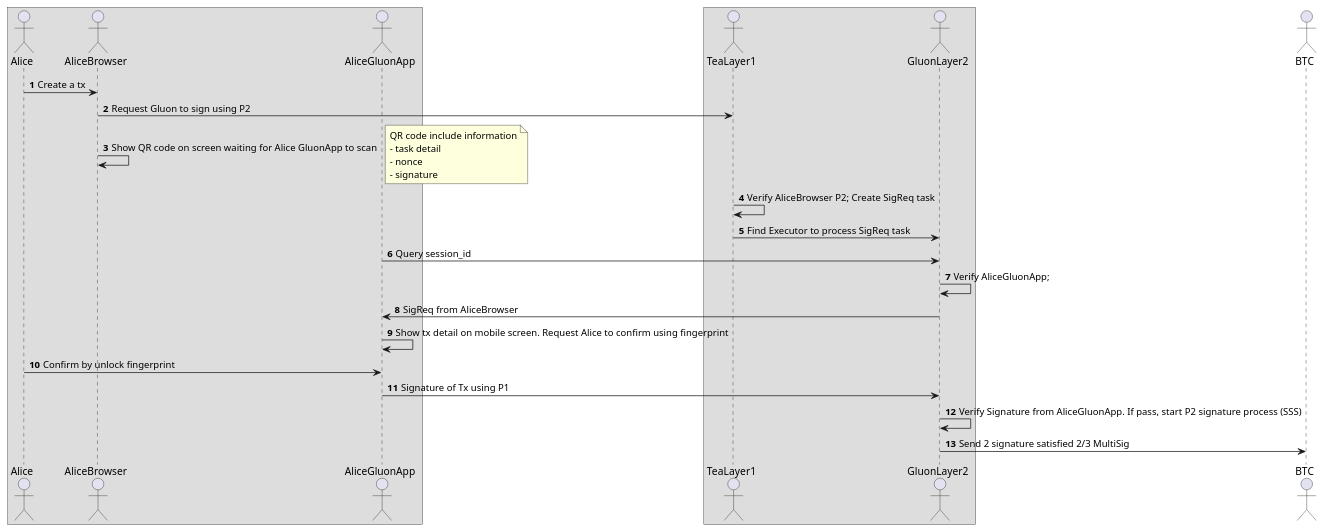
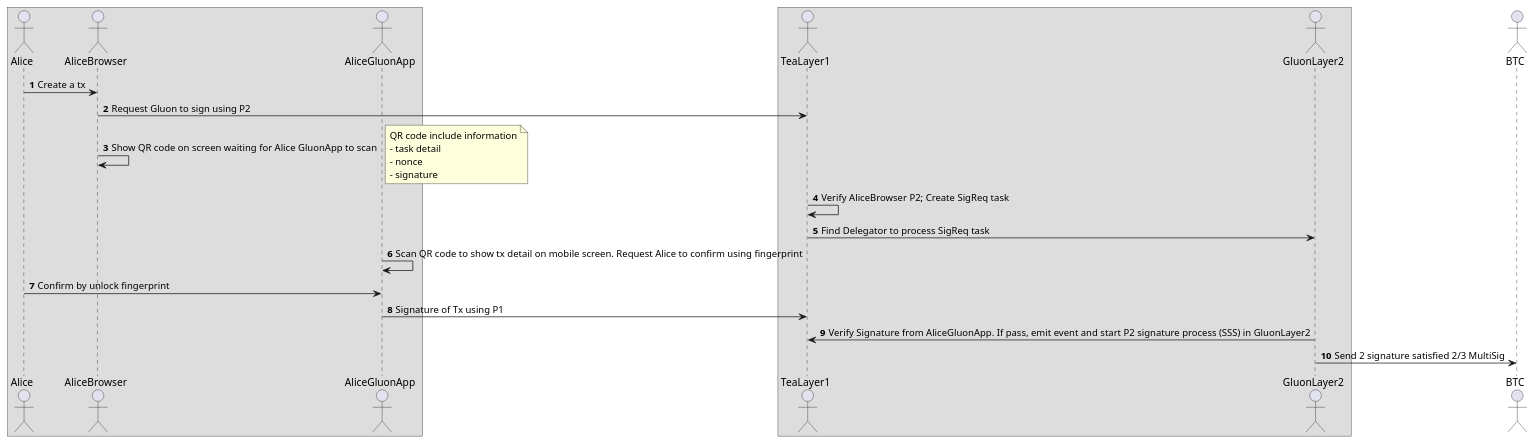
The third of 4 diagrams in Design/Key_management_design.md (tearust/gluon-docs), drawn with PlantUML before and after one commit.

````diff
--- a/Design/Key_management_design.md
+++ b/Design/Key_management_design.md
@@ -204,37 +204,34 @@
 ```puml
 @startuml
 autonumber
 box
 actor Alice
 actor AliceBrowser
 actor AliceGluonApp
 endbox
 box
 actor TeaLayer1
 actor GluonLayer2
 endbox
 
 actor BTC
 
 Alice -> AliceBrowser: Create a tx
 AliceBrowser -> TeaLayer1: Request Gluon to sign using P2
 AliceBrowser -> AliceBrowser: Show QR code on screen waiting for Alice GluonApp to scan
 note right
 QR code include information
 - task detail
 - nonce
 - signature
 end note
 
 TeaLayer1 -> TeaLayer1: Verify AliceBrowser P2; Create SigReq task
-TeaLayer1->GluonLayer2: Find Executor to process SigReq task
-AliceGluonApp -> GluonLayer2: Query session_id
-GluonLayer2 -> GluonLayer2: Verify AliceGluonApp; 
-GluonLayer2 -> AliceGluonApp: SigReq from AliceBrowser
-AliceGluonApp -> AliceGluonApp: Show tx detail on mobile screen. Request Alice to confirm using fingerprint
+TeaLayer1->GluonLayer2: Find Delegator to process SigReq task
+AliceGluonApp -> AliceGluonApp: Scan QR code to show tx detail on mobile screen. Request Alice to confirm using fingerprint
 Alice -> AliceGluonApp: Confirm by unlock fingerprint
-AliceGluonApp -> GluonLayer2: Signature of Tx using P1
-GluonLayer2 -> GluonLayer2: Verify Signature from AliceGluonApp. If pass, start P2 signature process (SSS)
+AliceGluonApp -> TeaLayer1: Signature of Tx using P1
+GluonLayer2 -> TeaLayer1: Verify Signature from AliceGluonApp. If pass, emit event and start P2 signature process (SSS) in GluonLayer2
 GluonLayer2 -> BTC: Send 2 signature satisfied 2/3 MultiSig
 @enduml
 ```
````
